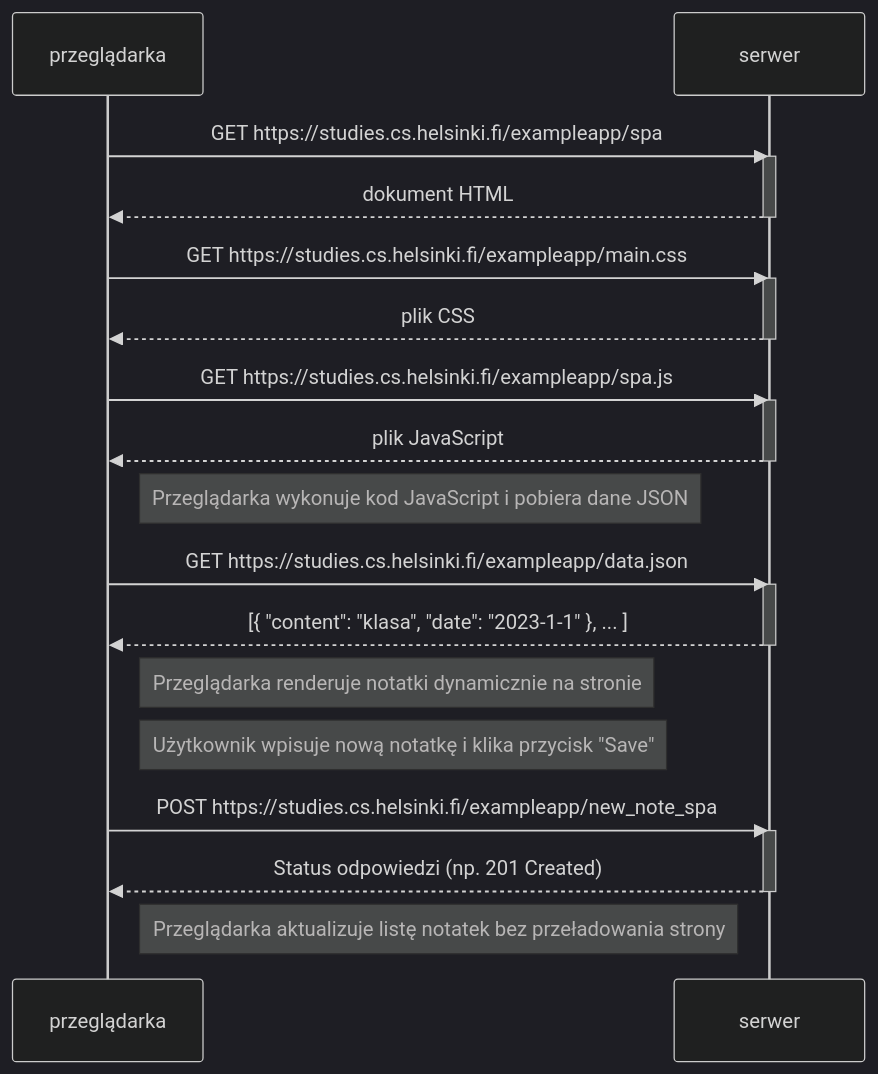
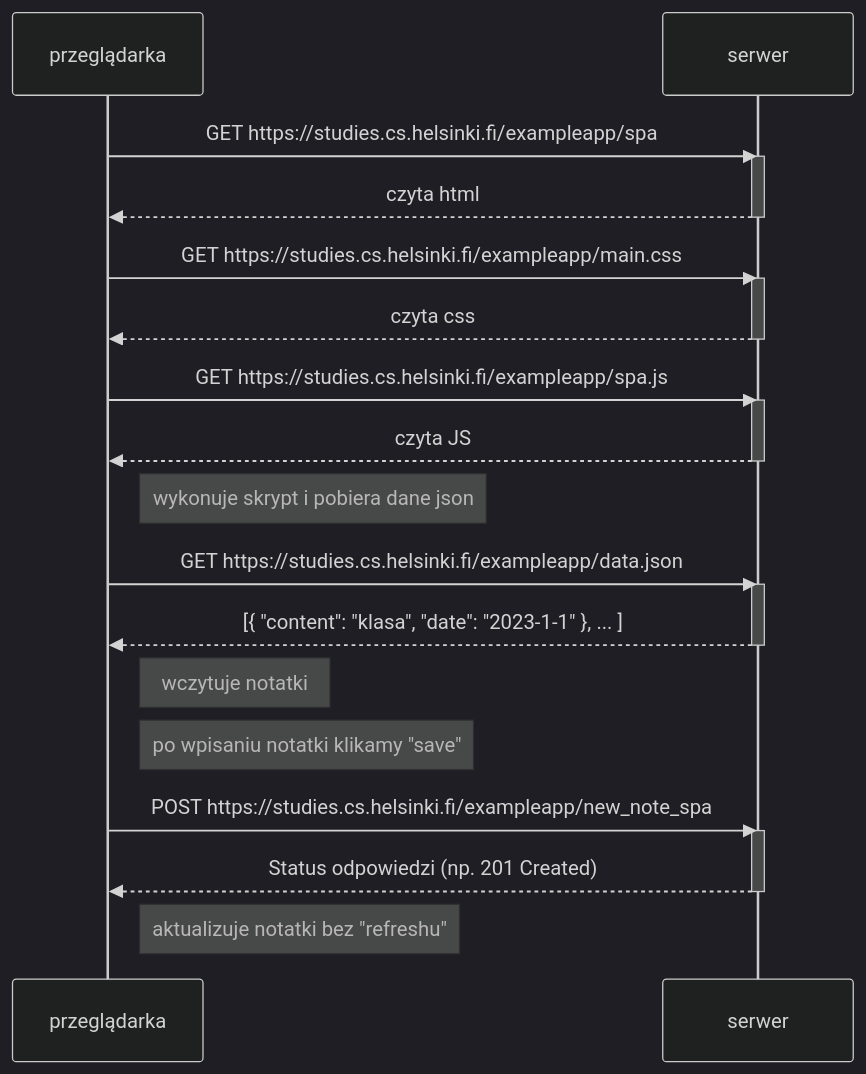
Before and after one commit to Layer2843/my-repo: the diagram in Part0/zad0-6.mmd, drawn with Mermaid (dark theme). The commit also changed 2 other files, not shown here.

```diff
--- a/Part0/zad0-6.mmd
+++ b/Part0/zad0-6.mmd
@@ -1,36 +1,36 @@
 sequenceDiagram
     participant przeglądarka
     participant serwer
 
     przeglądarka->>serwer: GET https://studies.cs.helsinki.fi/exampleapp/spa
     activate serwer
-    serwer-->>przeglądarka: dokument HTML
+    serwer-->>przeglądarka: czyta html
     deactivate serwer
 
     przeglądarka->>serwer: GET https://studies.cs.helsinki.fi/exampleapp/main.css
     activate serwer
-    serwer-->>przeglądarka: plik CSS
+    serwer-->>przeglądarka: czyta css
     deactivate serwer
 
     przeglądarka->>serwer: GET https://studies.cs.helsinki.fi/exampleapp/spa.js
     activate serwer
-    serwer-->>przeglądarka: plik JavaScript
+    serwer-->>przeglądarka: czyta JS
     deactivate serwer
 
-    Note right of przeglądarka: Przeglądarka wykonuje kod JavaScript i pobiera dane JSON
+    Note right of przeglądarka: wykonuje skrypt i pobiera dane json
 
     przeglądarka->>serwer: GET https://studies.cs.helsinki.fi/exampleapp/data.json
     activate serwer
     serwer-->>przeglądarka: [{ "content": "klasa", "date": "2023-1-1" }, ... ]
     deactivate serwer
 
-    Note right of przeglądarka: Przeglądarka renderuje notatki dynamicznie na stronie
+    Note right of przeglądarka: wczytuje notatki
 
-    Note right of przeglądarka: Użytkownik wpisuje nową notatkę i klika przycisk "Save"
+    Note right of przeglądarka: po wpisaniu notatki klikamy "save"
 
     przeglądarka->>serwer: POST https://studies.cs.helsinki.fi/exampleapp/new_note_spa
     activate serwer
     serwer-->>przeglądarka: Status odpowiedzi (np. 201 Created)
     deactivate serwer
 
-    Note right of przeglądarka: Przeglądarka aktualizuje listę notatek bez przeładowania strony
+    Note right of przeglądarka: aktualizuje notatki bez "refreshu"
```
